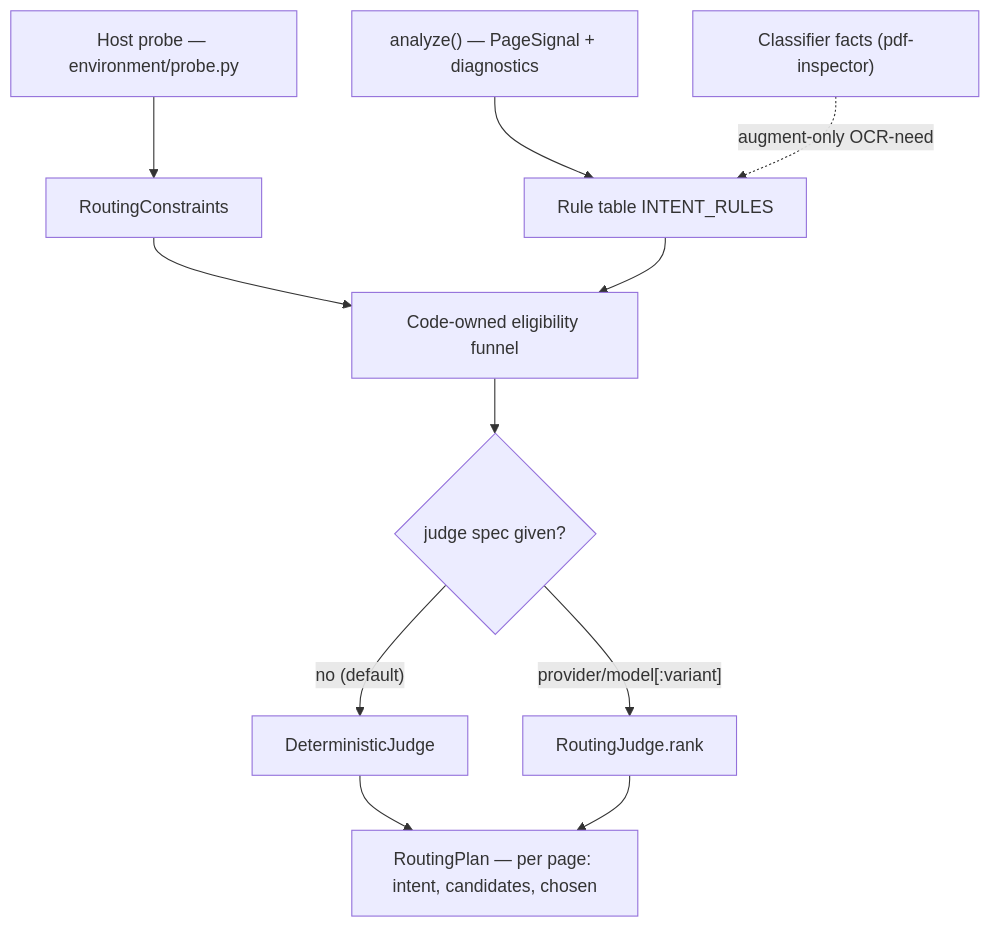
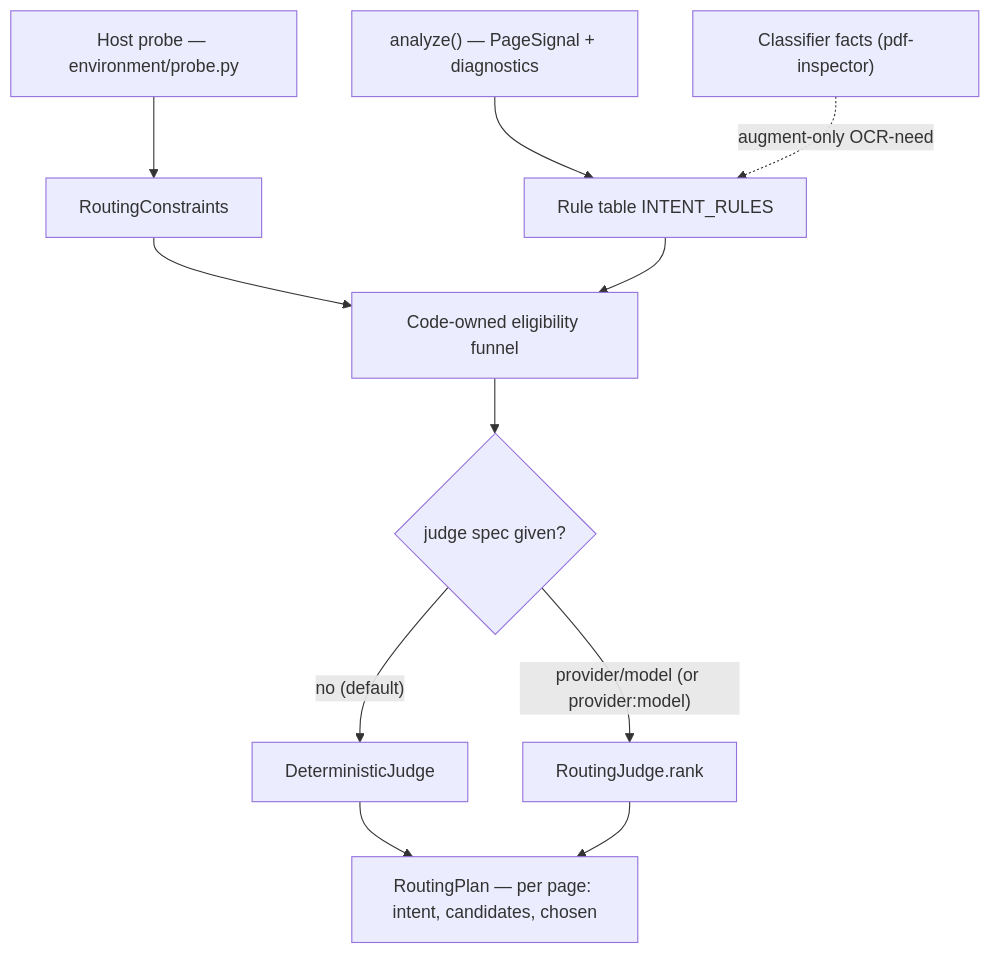
One commit to jr2804/parsecraft changed the diagram in docs/architecture/auto-routing.md. Above: the diagram before and after it, drawn with Mermaid. The commit also changed other lines of this file and 6 other files, not shown here.

Commit message:
docs(routing): document verbatim model tokens in judge/classifier specs [skip release]

````diff
--- a/docs/architecture/auto-routing.md
+++ b/docs/architecture/auto-routing.md
@@ -16,13 +16,13 @@
 ```mermaid
 flowchart TD
     H["Host probe — environment/probe.py"] --> C["RoutingConstraints"]
     A["analyze() — PageSignal + diagnostics"] --> T["Rule table INTENT_RULES"]
     X["Classifier facts (pdf-inspector)"] -. augment-only OCR-need .-> T
     C --> F["Code-owned eligibility funnel"]
     T --> F
     F --> J{"judge spec given?"}
     J -->|"no (default)"| D["DeterministicJudge"]
-    J -->|"provider/model[:variant]"| K["RoutingJudge.rank"]
+    J -->|"provider/model (or provider:model)"| K["RoutingJudge.rank"]
     D --> P["RoutingPlan — per page: intent, candidates, chosen"]
     K --> P
 ```
````
